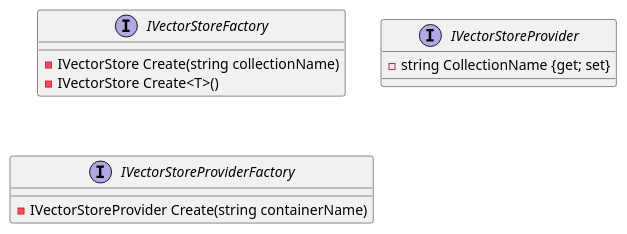
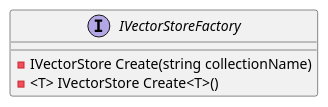
The first of 4 diagrams in docs/generated/Framework/Eliassen.Search.Abstractions/Semantic/Documentation.md (mwwhited-forks/dotnet-libs), drawn with PlantUML before and after one commit. The commit also changed other lines of this file and 444 other files, not shown here.

````diff
--- a/docs/generated/Framework/Eliassen.Search.Abstractions/Semantic/Documentation.md
+++ b/docs/generated/Framework/Eliassen.Search.Abstractions/Semantic/Documentation.md
@@ -5,17 +10,8 @@
 ```plantuml
 @startuml
-interface "IVectorStoreFactory" {
+interface IVectorStoreFactory {
   - IVectorStore Create(string collectionName)
-  - IVectorStore Create<T>()
+  - <T> IVectorStore Create<T>()
 }
-
-interface "IVectorStoreProvider" {
-  - string CollectionName {get; set}
-}
-
-interface "IVectorStoreProviderFactory" {
-  - IVectorStoreProvider Create(string containerName)
-}
-
 @enduml
 ```
````
